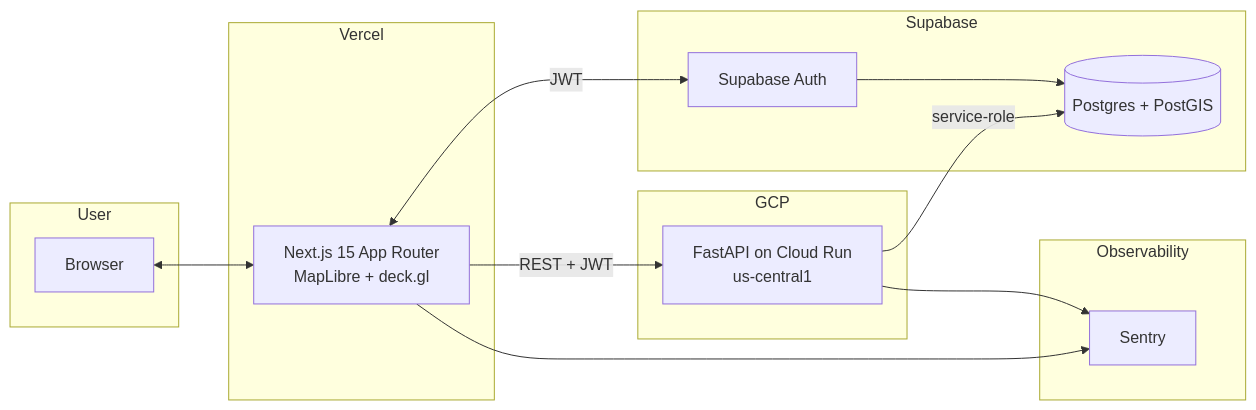
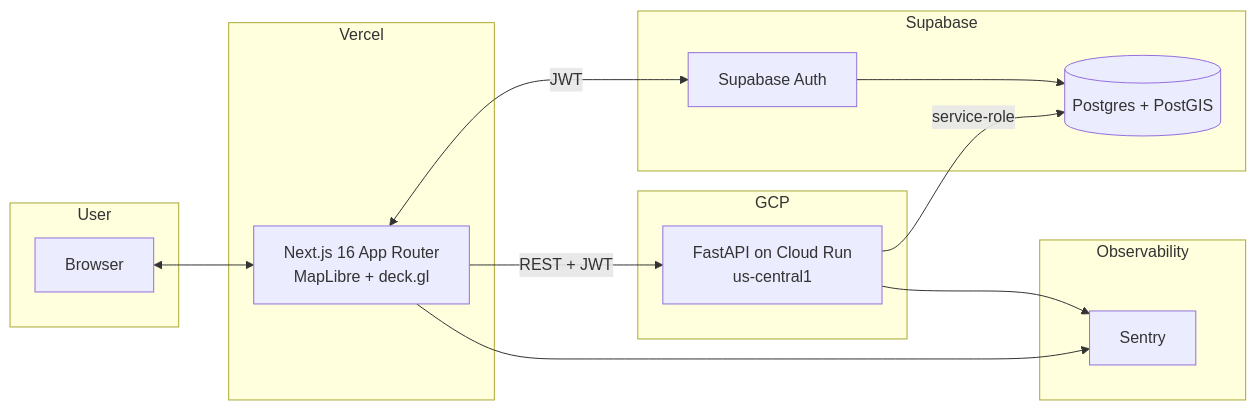
The diagram in README.md (UrielJMendoza/WatchDawg), drawn with Mermaid before and after one commit. The commit also changed other lines of this file and 1 other file, not shown here.

First line of the commit message:
docs: Phase 1 pass on README + ARCHITECTURE

````diff
--- a/README.md
+++ b/README.md
@@ -47,26 +47,26 @@
 ```mermaid
 flowchart LR
     subgraph User
         B[Browser]
     end
     subgraph Vercel
-        W[Next.js 15 App Router<br/>MapLibre + deck.gl]
+        W[Next.js 16 App Router<br/>MapLibre + deck.gl]
     end
     subgraph GCP
         A[FastAPI on Cloud Run<br/>us-central1]
     end
     subgraph Supabase
         DB[(Postgres + PostGIS)]
         AUTH[Supabase Auth]
     end
     subgraph Observability
         SEN[Sentry]
     end
     B <--> W
     W <-- JWT --> AUTH
     W -- REST + JWT --> A
     A -- service-role --> DB
     A --> SEN
     W --> SEN
     AUTH --> DB
 ```
````
